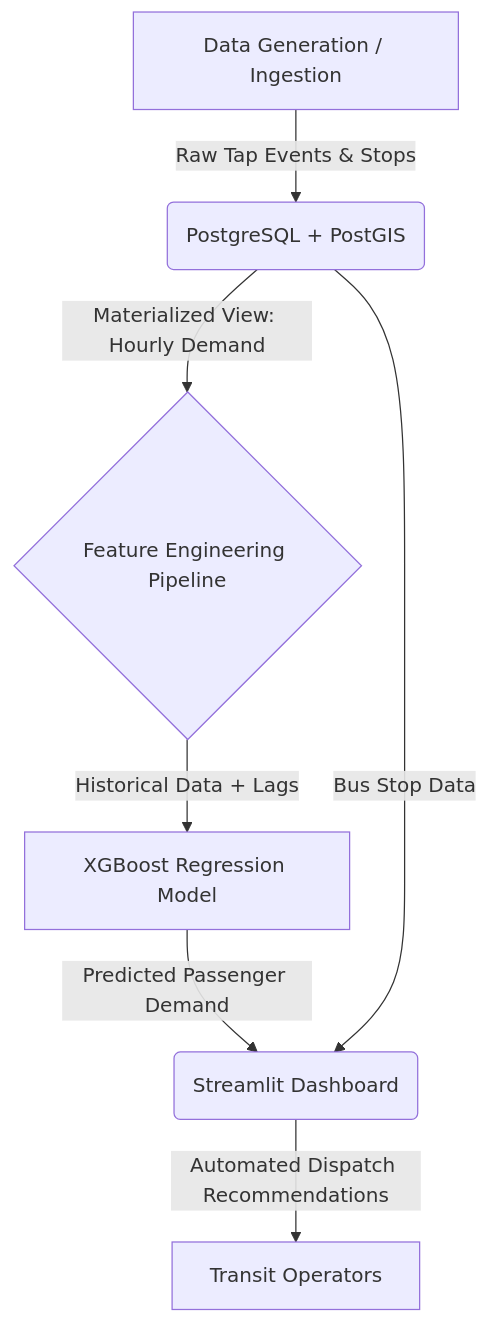
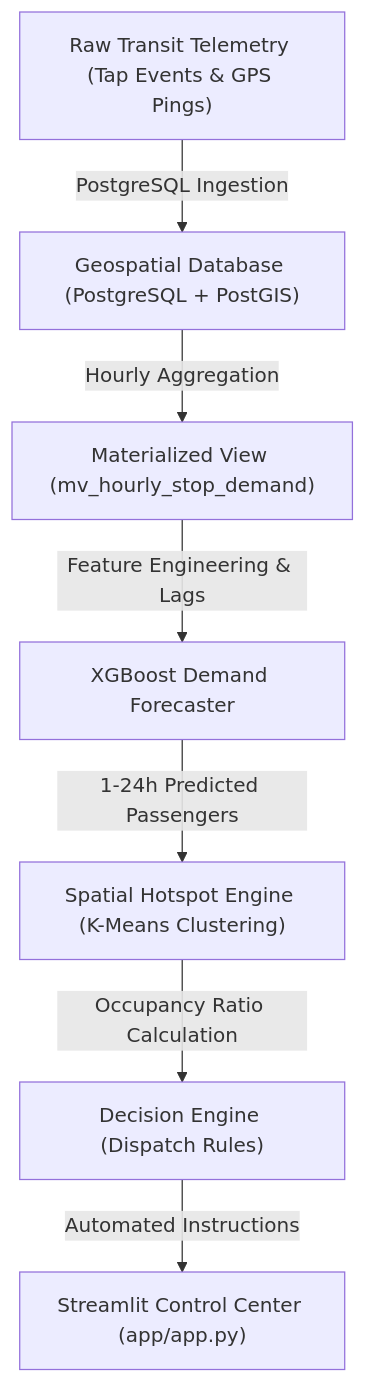
The diagram in system_architecture.md (Mugetsu-1/Smart-City), drawn with Mermaid before and after one commit. The commit also changed other lines of this file and 2 other files, not shown here.

````diff
--- a/system_architecture.md
+++ b/system_architecture.md
@@ -9,9 +6,9 @@
 ```mermaid
 graph TD
-    A[Data Generation / Ingestion] -->|Raw Tap Events & Stops| B(PostgreSQL + PostGIS)
-    B -->|Materialized View: Hourly Demand| C{Feature Engineering Pipeline}
-    C -->|Historical Data + Lags| D[XGBoost Regression Model]
-    D -->|Predicted Passenger Demand| E(Streamlit Dashboard)
-    B -->|Bus Stop Data| E
-    E -->|Automated Dispatch Recommendations| F[Transit Operators]
+    A["Raw Transit Telemetry (Tap Events & GPS Pings)"] -->|PostgreSQL Ingestion| B["Geospatial Database (PostgreSQL + PostGIS)"]
+    B -->|Hourly Aggregation| C["Materialized View (mv_hourly_stop_demand)"]
+    C -->|Feature Engineering & Lags| D["XGBoost Demand Forecaster"]
+    D -->|1-24h Predicted Passengers| E["Spatial Hotspot Engine (K-Means Clustering)"]
+    E -->|Occupancy Ratio Calculation| F["Decision Engine (Dispatch Rules)"]
+    F -->|Automated Instructions| G["Streamlit Control Center (app/app.py)"]
 ```
````
